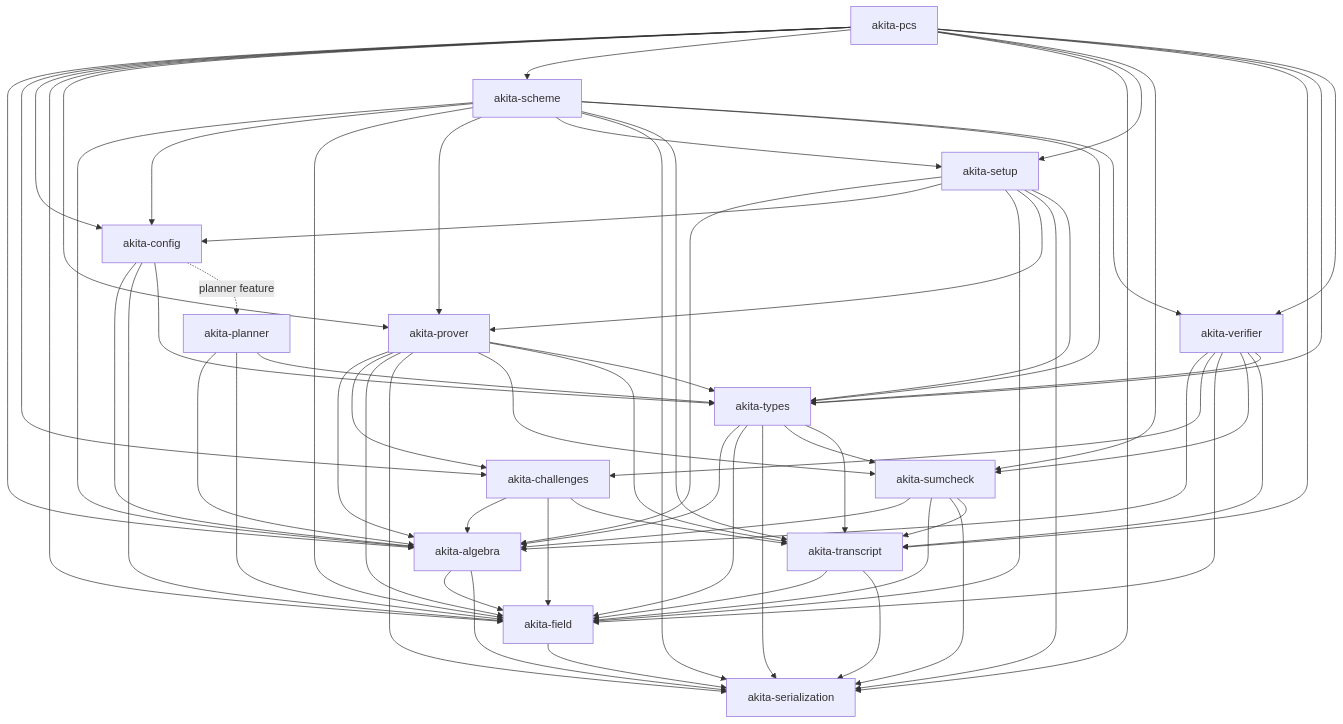
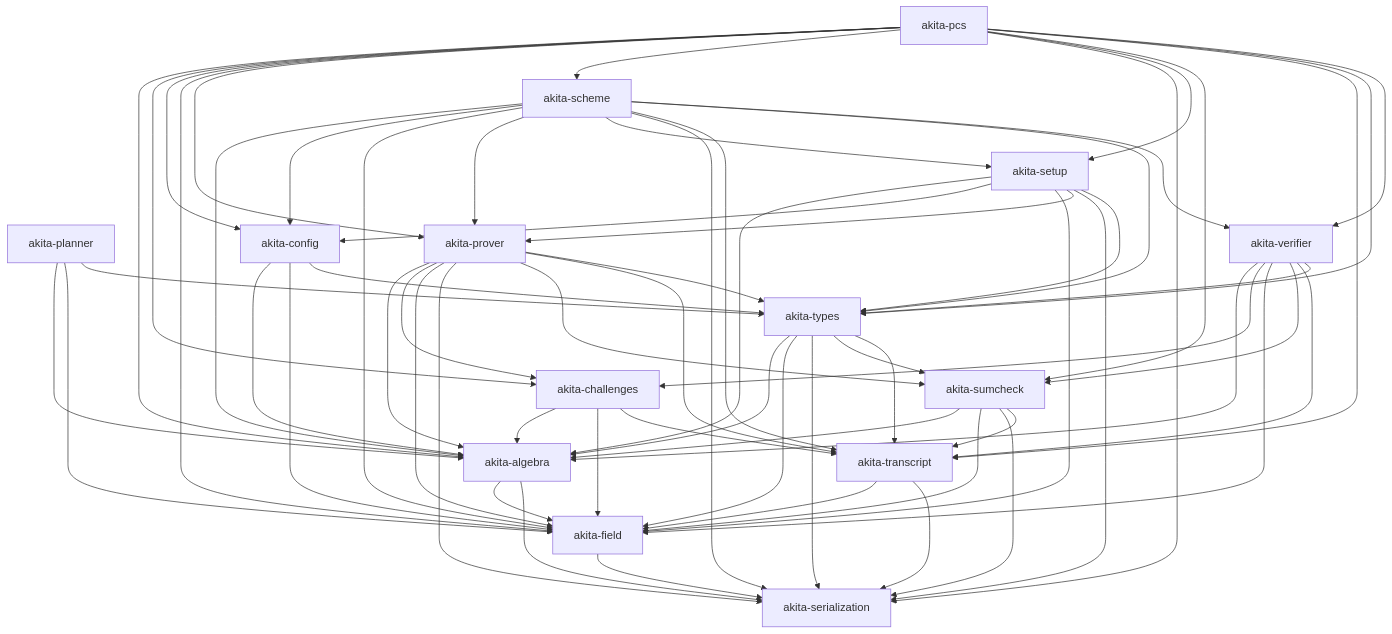
One commit to LayerZero-Labs/akita changed the diagram in docs/crate-graph.md. Above: the diagram before and after it, drawn with Mermaid. The commit also changed other lines of this file and 15 other files, not shown here.

````diff
--- a/docs/crate-graph.md
+++ b/docs/crate-graph.md
@@ -9,82 +9,81 @@
 ```mermaid
 graph TD
   Ser["akita-serialization"]
   Field["akita-field"]
   Algebra["akita-algebra"]
   Transcript["akita-transcript"]
   Challenges["akita-challenges"]
   Sumcheck["akita-sumcheck"]
   Types["akita-types"]
   Planner["akita-planner"]
   Config["akita-config"]
   Verifier["akita-verifier"]
   Prover["akita-prover"]
   Setup["akita-setup"]
   Scheme["akita-scheme"]
   Pcs["akita-pcs"]
 
   Field --> Ser
   Algebra --> Field
   Algebra --> Ser
   Transcript --> Field
   Transcript --> Ser
   Challenges --> Algebra
   Challenges --> Field
   Challenges --> Transcript
   Sumcheck --> Algebra
   Sumcheck --> Field
   Sumcheck --> Ser
   Sumcheck --> Transcript
   Types --> Algebra
   Types --> Field
   Types --> Ser
   Types --> Sumcheck
   Types --> Transcript
   Planner --> Algebra
   Planner --> Field
   Planner --> Types
   Config --> Algebra
   Config --> Field
   Config --> Types
-  Config -. "planner feature" .-> Planner
   Verifier --> Algebra
   Verifier --> Challenges
   Verifier --> Field
   Verifier --> Sumcheck
   Verifier --> Transcript
   Verifier --> Types
   Prover --> Algebra
   Prover --> Challenges
   Prover --> Field
   Prover --> Ser
   Prover --> Sumcheck
   Prover --> Transcript
   Prover --> Types
   Setup --> Algebra
   Setup --> Config
   Setup --> Field
   Setup --> Prover
   Setup --> Ser
   Setup --> Types
   Scheme --> Algebra
   Scheme --> Config
   Scheme --> Field
   Scheme --> Prover
   Scheme --> Setup
   Scheme --> Ser
   Scheme --> Transcript
   Scheme --> Types
   Scheme --> Verifier
   Pcs --> Algebra
   Pcs --> Challenges
   Pcs --> Config
   Pcs --> Field
   Pcs --> Prover
   Pcs --> Scheme
   Pcs --> Ser
   Pcs --> Setup
   Pcs --> Sumcheck
   Pcs --> Transcript
   Pcs --> Types
   Pcs --> Verifier
 ```
````
